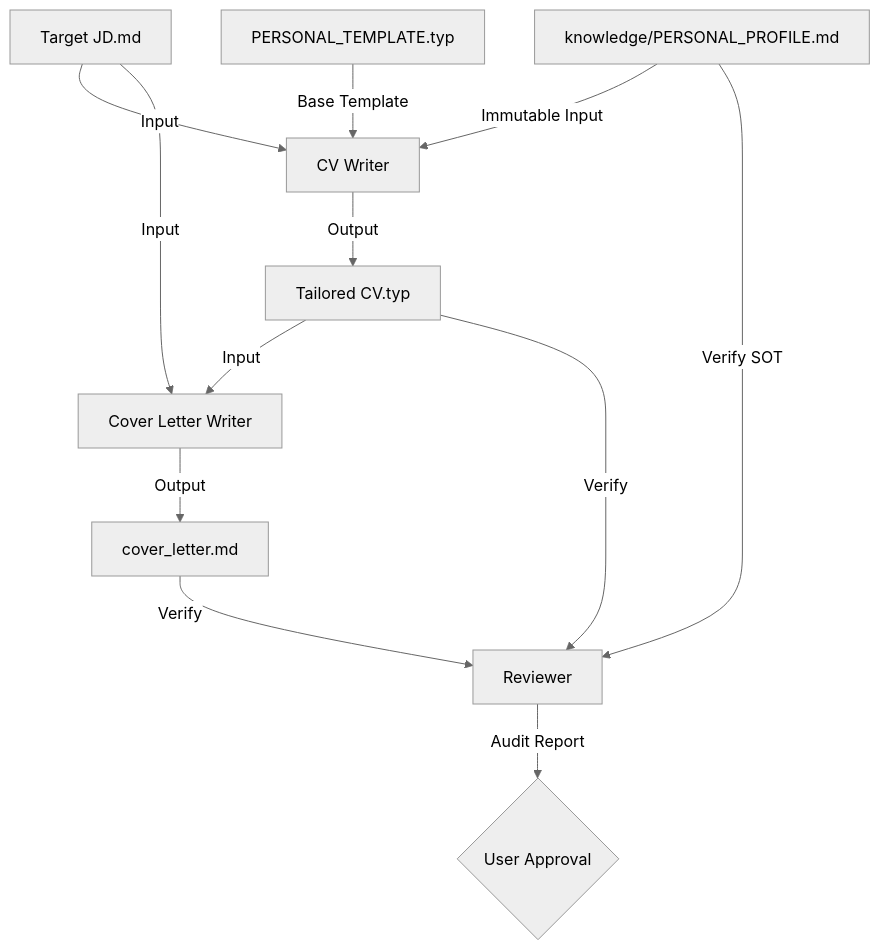
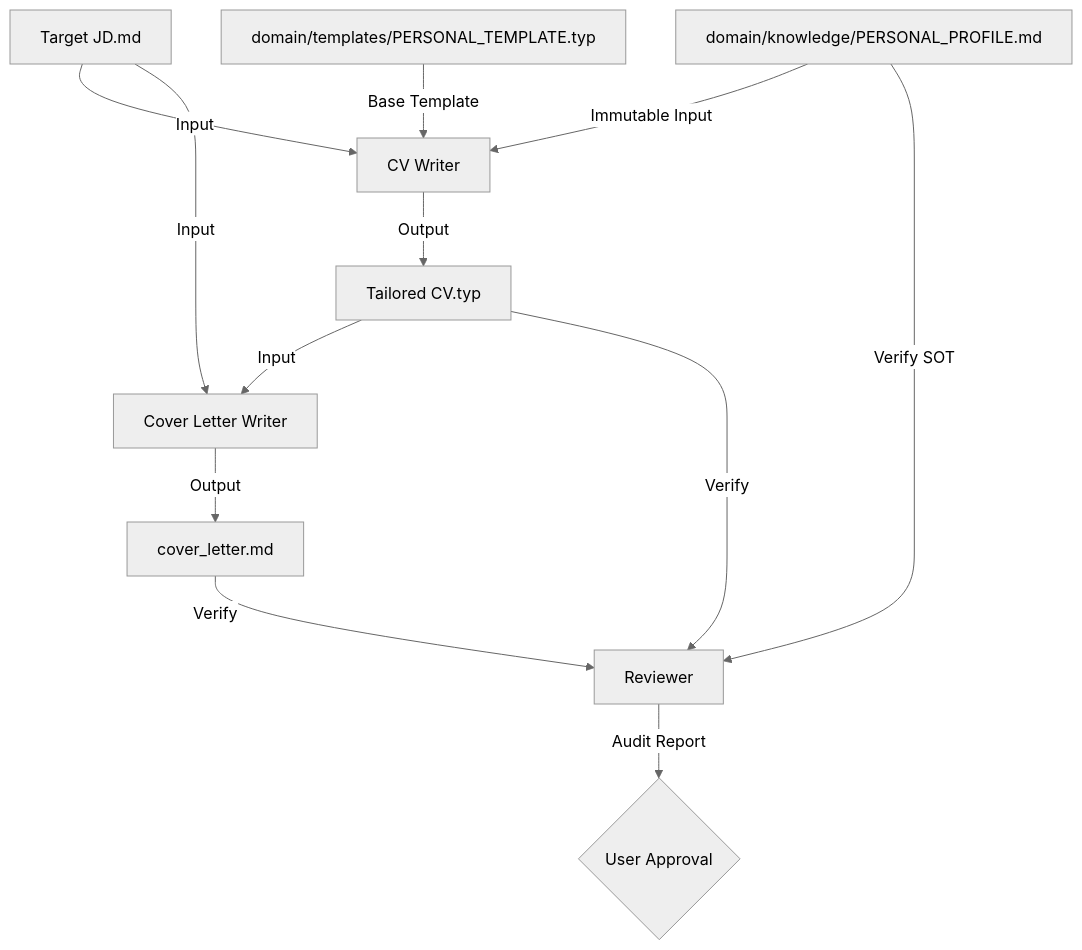
Before and after one commit to hoangf384/lazycv: the second of 3 diagrams in runtime/ARCHITECTURE.md, drawn with Mermaid (neutral theme). The commit also changed other lines of this file and 11 other files, not shown here.

````diff
--- a/runtime/ARCHITECTURE.md
+++ b/runtime/ARCHITECTURE.md
@@ -45,16 +45,16 @@
 ```mermaid
 graph TD
     JD[Target JD.md] -->|Input| CVWriter[CV Writer]
-    Profile[knowledge/PERSONAL_PROFILE.md] -->|Immutable Input| CVWriter
-    Template[PERSONAL_TEMPLATE.typ] -->|Base Template| CVWriter
+    Profile[domain/knowledge/PERSONAL_PROFILE.md] -->|Immutable Input| CVWriter
+    Template[domain/templates/PERSONAL_TEMPLATE.typ] -->|Base Template| CVWriter
     CVWriter -->|Output| TailoredCV[Tailored CV.typ]
     
     TailoredCV -->|Input| CLWriter[Cover Letter Writer]
     JD -->|Input| CLWriter
     CLWriter -->|Output| CoverLetter[cover_letter.md]
     
     TailoredCV -->|Verify| Reviewer[Reviewer]
     CoverLetter -->|Verify| Reviewer
     Profile -->|Verify SOT| Reviewer
     Reviewer -->|Audit Report| UserApproval{User Approval}
 ```
````
